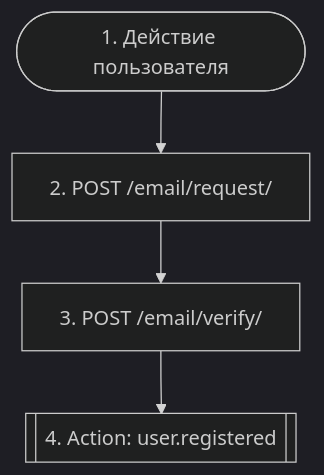
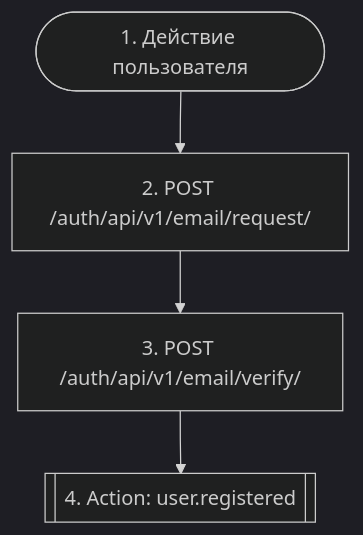
Before and after one commit to usestapel/stapel-auth: the diagram in docs/flows/ru/auth.passwordless_login.md, drawn with Mermaid (dark theme). The commit also changed other lines of this file and 25 other files, not shown here.

````diff
--- a/docs/flows/ru/auth.passwordless_login.md
+++ b/docs/flows/ru/auth.passwordless_login.md
@@ -11,10 +11,10 @@
 ```mermaid
 flowchart TD
     s1(["1. Действие пользователя"])
-    s2["2. POST /email/request/"]
-    s3["3. POST /email/verify/"]
+    s2["2. POST /auth/api/v1/email/request/"]
+    s3["3. POST /auth/api/v1/email/verify/"]
     s4[["4. Action: user.registered"]]
     s1 --> s2
     s2 --> s3
     s3 --> s4
 ```
````
